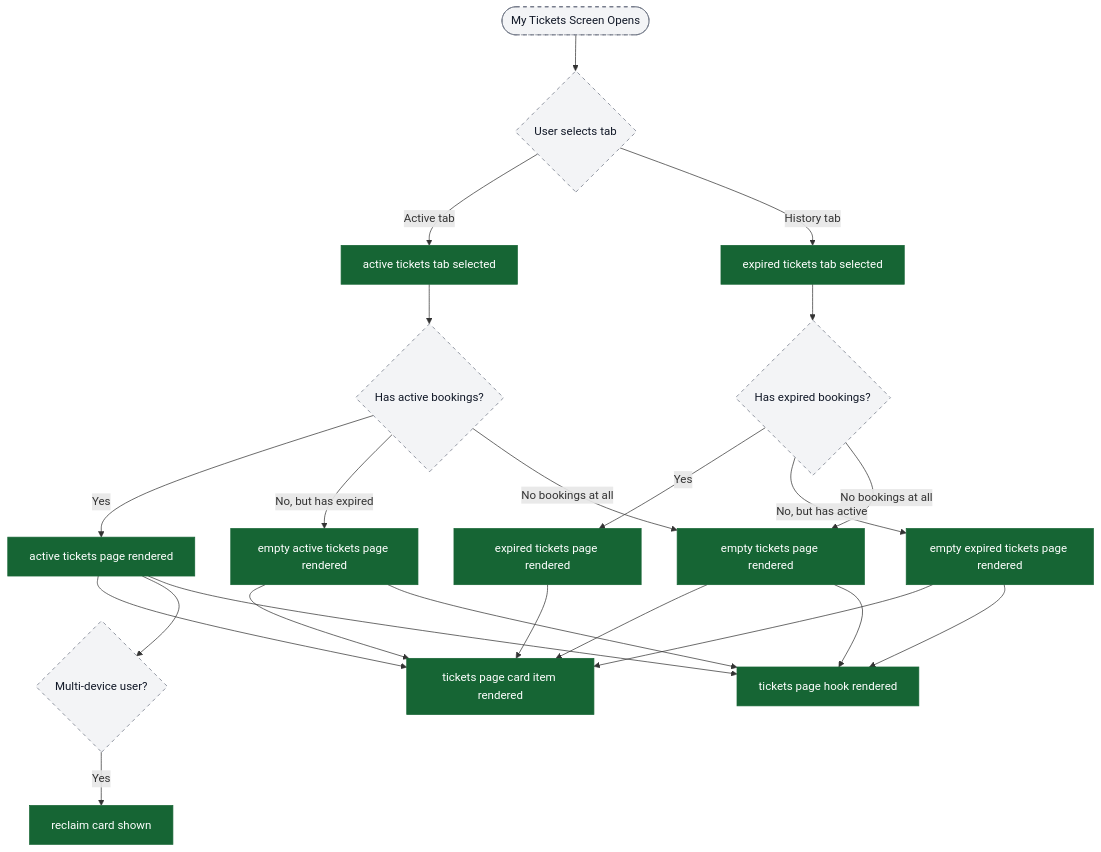
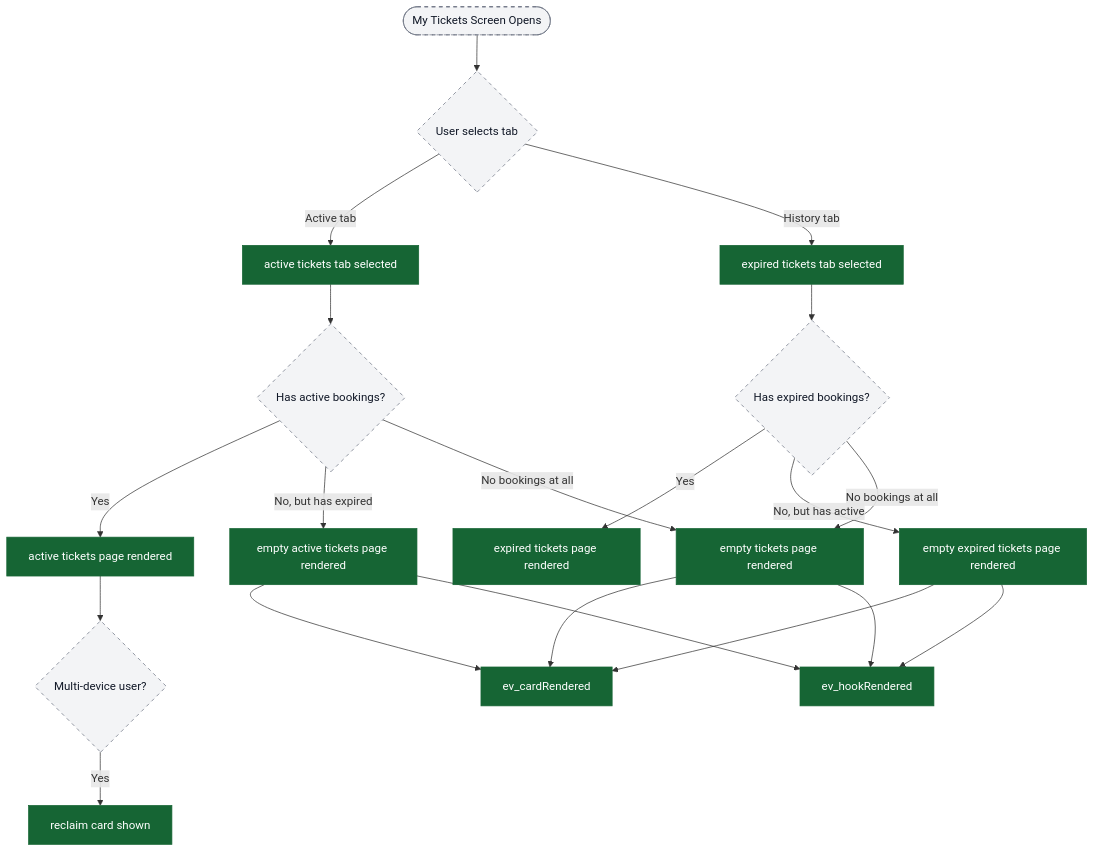
One commit to ratulsarna/chalo-app-dashboard changed the second of 12 diagrams in content/analytics/history/flow-diagrams.md. Above: the diagram before and after it, drawn with Mermaid. The commit also changed other lines of this file and 1 other file, not shown here.

Commit message:
feat(analytics): remove unused event for trip history button and update flow diagrams for clarity

````diff
--- a/content/analytics/history/flow-diagrams.md
+++ b/content/analytics/history/flow-diagrams.md
@@ -34,39 +34,40 @@
 ```mermaid
 flowchart TD
   ui_screenOpen([My Tickets Screen Opens]) --> ui_tabSelect{User selects tab}
 
   ui_tabSelect -->|Active tab| ev_activeTab["active tickets tab selected"]
   ui_tabSelect -->|History tab| ev_expiredTab["expired tickets tab selected"]
 
   ev_activeTab --> ui_hasActiveBookings{Has active bookings?}
   ui_hasActiveBookings -->|Yes| ev_activePage["active tickets page rendered"]
   ui_hasActiveBookings -->|No, but has expired| ev_emptyActive["empty active tickets page rendered"]
 
   ev_expiredTab --> ui_hasExpiredBookings{Has expired bookings?}
   ui_hasExpiredBookings -->|Yes| ev_expiredPage["expired tickets page rendered"]
   ui_hasExpiredBookings -->|No, but has active| ev_emptyExpired["empty expired tickets page rendered"]
 
   ui_hasActiveBookings -->|No bookings at all| ev_emptyPage["empty tickets page rendered"]
   ui_hasExpiredBookings -->|No bookings at all| ev_emptyPage
 
-  ev_activePage --> ev_cardRendered["tickets page card item rendered"]
-  ev_expiredPage --> ev_cardRendered
   ev_emptyActive --> ev_cardRendered
   ev_emptyExpired --> ev_cardRendered
   ev_emptyPage --> ev_cardRendered
 
   ev_activePage --> ui_multiDevice{Multi-device user?}
   ui_multiDevice -->|Yes| ev_reclaimShown["reclaim card shown"]
 
-  ev_activePage --> ev_hookRendered["tickets page hook rendered"]
   ev_emptyActive --> ev_hookRendered
   ev_emptyExpired --> ev_hookRendered
   ev_emptyPage --> ev_hookRendered
 
   classDef event fill:#166534,stroke:#166534,color:#ffffff;
   classDef ui fill:#f3f4f6,stroke:#6b7280,stroke-dasharray: 5 5,color:#111827;
   classDef external fill:#ffffff,stroke:#6b7280,stroke-dasharray: 3 3,color:#111827;
 
   class ev_activeTab,ev_expiredTab,ev_activePage,ev_expiredPage,ev_emptyActive,ev_emptyExpired,ev_emptyPage,ev_cardRendered,ev_reclaimShown,ev_hookRendered event;
   class ui_screenOpen,ui_tabSelect,ui_hasActiveBookings,ui_hasExpiredBookings,ui_multiDevice ui;
+
+  %%chalo:diagram-link ev_cardRendered -> title:Funnel: Product Card Interactions -> Use/View/Renew
+  %%chalo:diagram-link ev_hookRendered -> title:Funnel: Promotional Hooks -> Purchase Flow
+  %%chalo:diagram-link ev_reclaimShown -> title:Funnel: Product Reclaim (Multi-Device)
 ```
````
